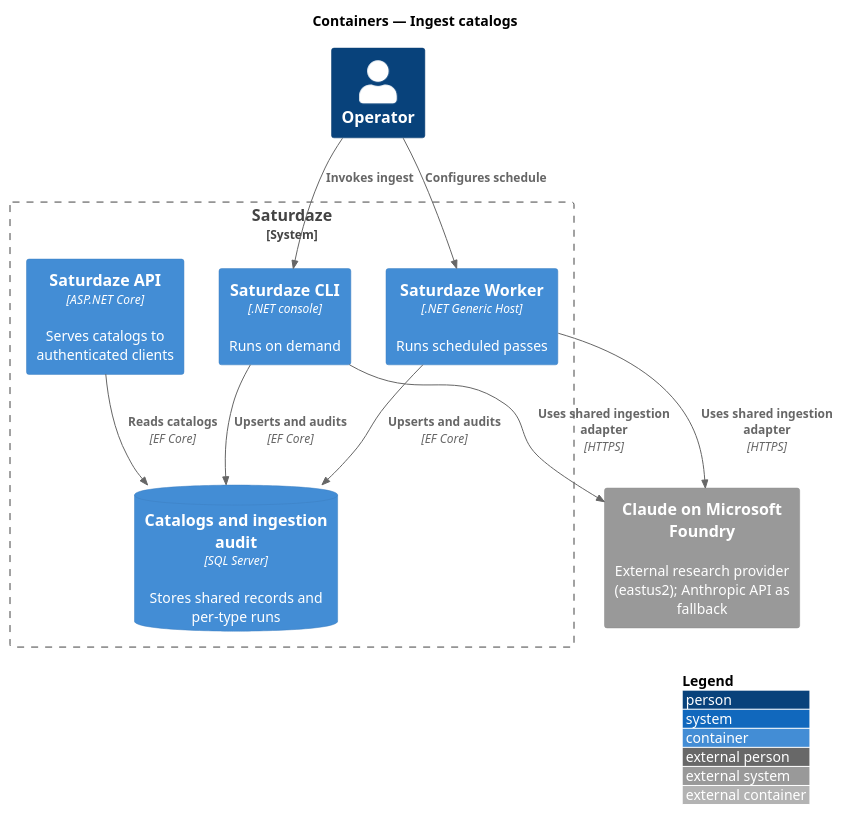
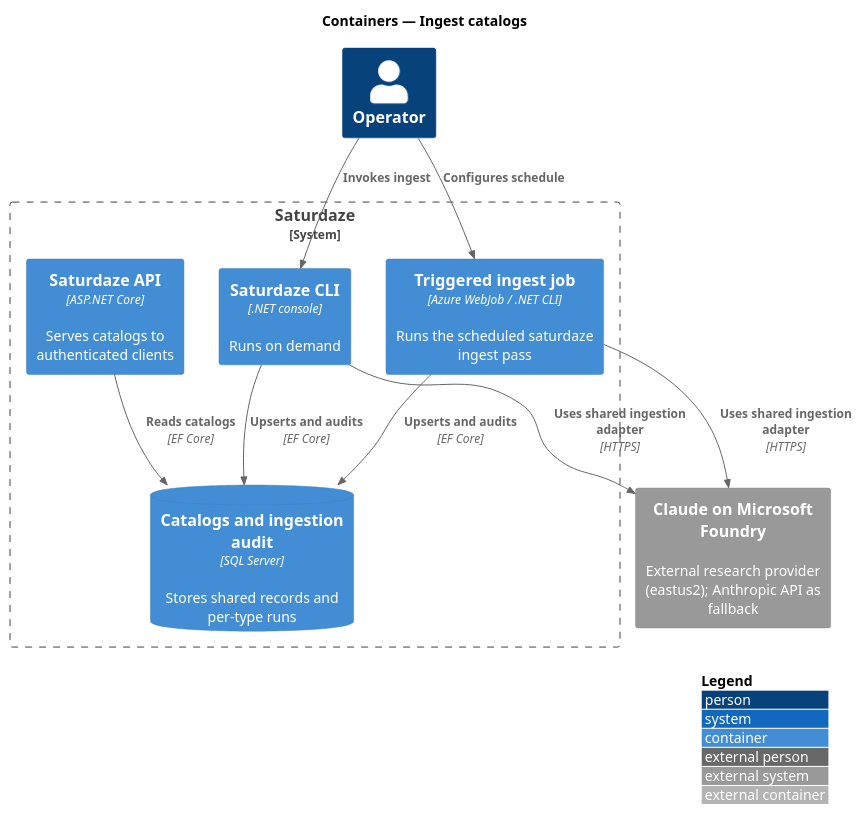
Before and after one commit to QuinntyneBrown/saturdaze: the diagram in docs/detailed-designs/discovery/ingest-catalogs/diagrams/c4-container.puml, drawn with PlantUML. The commit also changed other lines of this file and 2 other files, not shown here.

Commit message:
Align ingestion deployment docs

```diff
--- a/docs/detailed-designs/discovery/ingest-catalogs/diagrams/c4-container.puml
+++ b/docs/detailed-designs/discovery/ingest-catalogs/diagrams/c4-container.puml
@@ -1,20 +1,20 @@
 @startuml
 !include <C4/C4_Container>
 LAYOUT_WITH_LEGEND()
 title Containers — Ingest catalogs
 Person(operator, "Operator")
 System_Boundary(system, "Saturdaze") {
  Container(cli, "Saturdaze CLI", ".NET console", "Runs on demand")
- Container(worker, "Saturdaze Worker", ".NET Generic Host", "Runs scheduled passes")
+ Container(job, "Triggered ingest job", "Azure WebJob / .NET CLI", "Runs the scheduled saturdaze ingest pass")
  Container(api, "Saturdaze API", "ASP.NET Core", "Serves catalogs to authenticated clients")
  ContainerDb(db, "Catalogs and ingestion audit", "SQL Server", "Stores shared records and per-type runs")
 }
 System_Ext(provider, "Claude on Microsoft Foundry", "External research provider (eastus2); Anthropic API as fallback")
 Rel(operator, cli, "Invokes ingest")
-Rel(operator, worker, "Configures schedule")
+Rel(operator, job, "Configures schedule")
 Rel(cli, provider, "Uses shared ingestion adapter", "HTTPS")
-Rel(worker, provider, "Uses shared ingestion adapter", "HTTPS")
+Rel(job, provider, "Uses shared ingestion adapter", "HTTPS")
 Rel(cli, db, "Upserts and audits", "EF Core")
-Rel(worker, db, "Upserts and audits", "EF Core")
+Rel(job, db, "Upserts and audits", "EF Core")
 Rel(api, db, "Reads catalogs", "EF Core")
 @enduml
```
